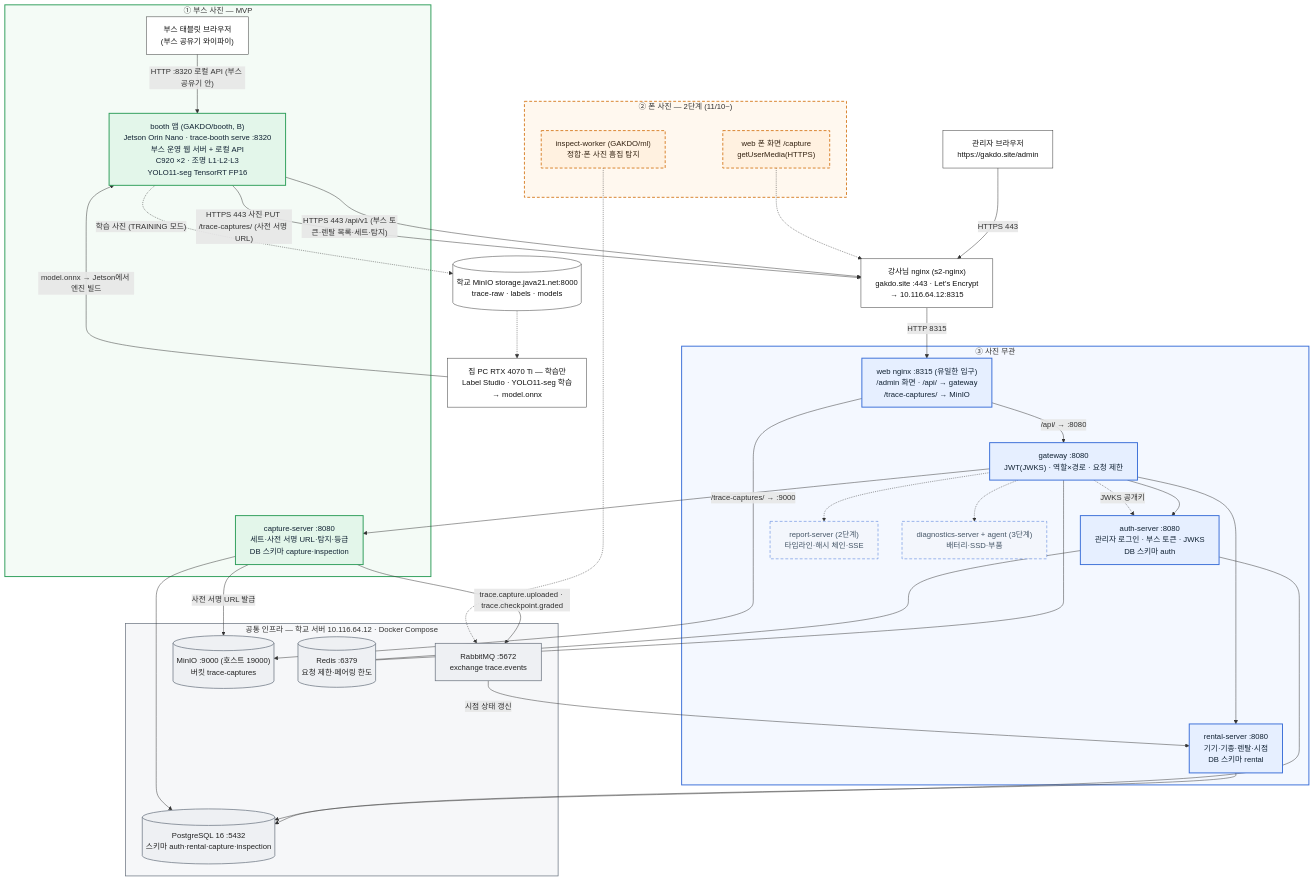
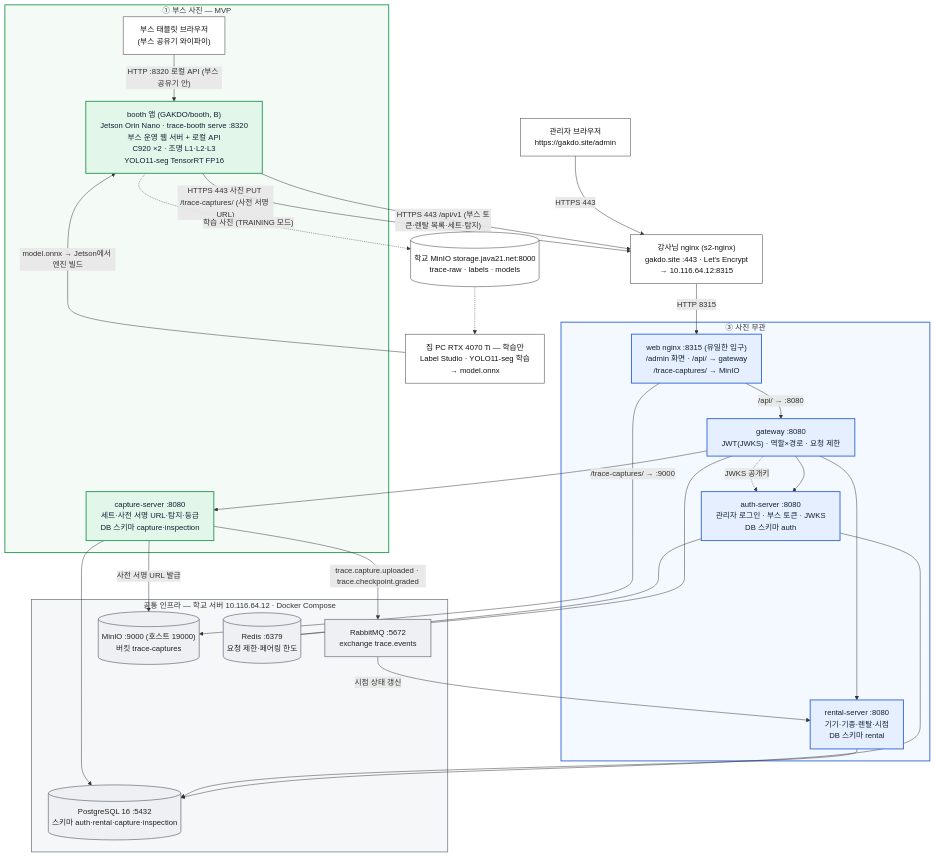
Before and after one commit to GAKDO/docs: the first of 3 diagrams in mvp/01-architecture.md, drawn with Mermaid. The commit also changed other lines of this file and 5 other files, not shown here.

````diff
--- a/mvp/01-architecture.md
+++ b/mvp/01-architecture.md
@@ -20,77 +22,63 @@
 ```mermaid
 %%{init: {"flowchart": {"wrappingWidth": 320, "curve": "basis"}}}%%
 flowchart TB
   classDef booth fill:#e3f6ea,stroke:#2f9e5b,stroke-width:2px,color:#123
-  classDef phone fill:#fff1e0,stroke:#d9822b,stroke-width:2px,stroke-dasharray:6 4,color:#321
   classDef nophoto fill:#e6efff,stroke:#3b6fd8,stroke-width:2px,color:#123
-  classDef later fill:#f3f6fc,stroke:#3b6fd8,stroke-width:1px,stroke-dasharray:6 4,color:#456
   classDef infra fill:#eef0f3,stroke:#6b7480,stroke-width:1.5px,color:#222
   classDef outside fill:#ffffff,stroke:#333,stroke-width:1px,color:#111
 
   adminBrowser["관리자 브라우저<br/>https://gakdo.site/admin"]:::outside
   ngx["강사님 nginx (s2-nginx)<br/>gakdo.site :443 · Let's Encrypt<br/>→ 10.116.64.12:8315"]:::outside
 
   subgraph G1["① 부스 사진 — MVP"]
     tablet["부스 태블릿 브라우저<br/>(부스 공유기 와이파이)"]:::outside
     boothApp["booth 앱 (GAKDO/booth, B)<br/>Jetson Orin Nano · trace-booth serve :8320<br/>부스 운영 웹 서버 + 로컬 API<br/>C920 ×2 · 조명 L1·L2·L3<br/>YOLO11-seg TensorRT FP16"]:::booth
     capture["capture-server :8080<br/>세트·사전 서명 URL·탐지·등급<br/>DB 스키마 capture·inspection"]:::booth
   end
 
-  subgraph G2["② 폰 사진 — 2단계 (11/10~)"]
-    phoneUi["web 폰 화면 /capture<br/>getUserMedia(HTTPS)"]:::phone
-    inspectWorker["inspect-worker (GAKDO/ml)<br/>정합·폰 사진 흠집 탐지"]:::phone
-  end
-
   subgraph G3["③ 사진 무관"]
     web["web nginx :8315 (유일한 입구)<br/>/admin 화면 · /api/ → gateway<br/>/trace-captures/ → MinIO"]:::nophoto
     gateway["gateway :8080<br/>JWT(JWKS) · 역할×경로 · 요청 제한"]:::nophoto
     auth["auth-server :8080<br/>관리자 로그인 · 부스 토큰 · JWKS<br/>DB 스키마 auth"]:::nophoto
     rental["rental-server :8080<br/>기기·기종·렌탈·시점<br/>DB 스키마 rental"]:::nophoto
-    report["report-server (2단계)<br/>타임라인·해시 체인·SSE"]:::later
-    diag["diagnostics-server + agent (3단계)<br/>배터리·SSD·부품"]:::later
   end
 
   subgraph INF["공통 인프라 — 학교 서버 10.116.64.12 · Docker Compose"]
     pg[("PostgreSQL 16 :5432<br/>스키마 auth·rental·capture·inspection")]:::infra
     mq["RabbitMQ :5672<br/>exchange trace.events"]:::infra
     minio[("MinIO :9000 (호스트 19000)<br/>버킷 trace-captures")]:::infra
     redis[("Redis :6379<br/>요청 제한·페어링 한도")]:::infra
   end
 
   homePc["집 PC RTX 4070 Ti — 학습만<br/>Label Studio · YOLO11-seg 학습<br/>→ model.onnx"]:::outside
   schoolMinio[("학교 MinIO storage.java21.net:8000<br/>trace-raw · labels · models")]:::outside
 
   style G1 fill:#f4fbf6,stroke:#2f9e5b,stroke-width:2px
-  style G2 fill:#fff8ef,stroke:#d9822b,stroke-width:2px,stroke-dasharray:6 4
   style G3 fill:#f4f8ff,stroke:#3b6fd8,stroke-width:2px
   style INF fill:#f6f7f9,stroke:#6b7480,stroke-width:1.5px
 
   adminBrowser -->|HTTPS 443| ngx
   tablet -->|"HTTP :8320 로컬 API (부스 공유기 안)"| boothApp
   boothApp -->|"HTTPS 443 /api/v1 (부스 토큰·렌탈 목록·세트·탐지)"| ngx
   boothApp -->|"HTTPS 443 사진 PUT /trace-captures/ (사전 서명 URL)"| ngx
   ngx -->|HTTP 8315| web
   web -->|"/api/ → :8080"| gateway
   web -->|"/trace-captures/ → :9000"| minio
   gateway --> auth
   gateway --> rental
   gateway --> capture
   gateway -.->|JWKS 공개키| auth
   gateway --- redis
   auth --> pg
   rental --> pg
   capture --> pg
   capture -->|사전 서명 URL 발급| minio
   capture -->|"trace.capture.uploaded · trace.checkpoint.graded"| mq
   mq -->|시점 상태 갱신| rental
   auth --- redis
 
   boothApp -.->|"학습 사진 (TRAINING 모드)"| schoolMinio
   schoolMinio -.-> homePc
   homePc -->|"model.onnx → Jetson에서 엔진 빌드"| boothApp
 
-  phoneUi -.-> ngx
-  inspectWorker -.-> mq
-  gateway -.-> report
-  gateway -.-> diag
 ```
````
